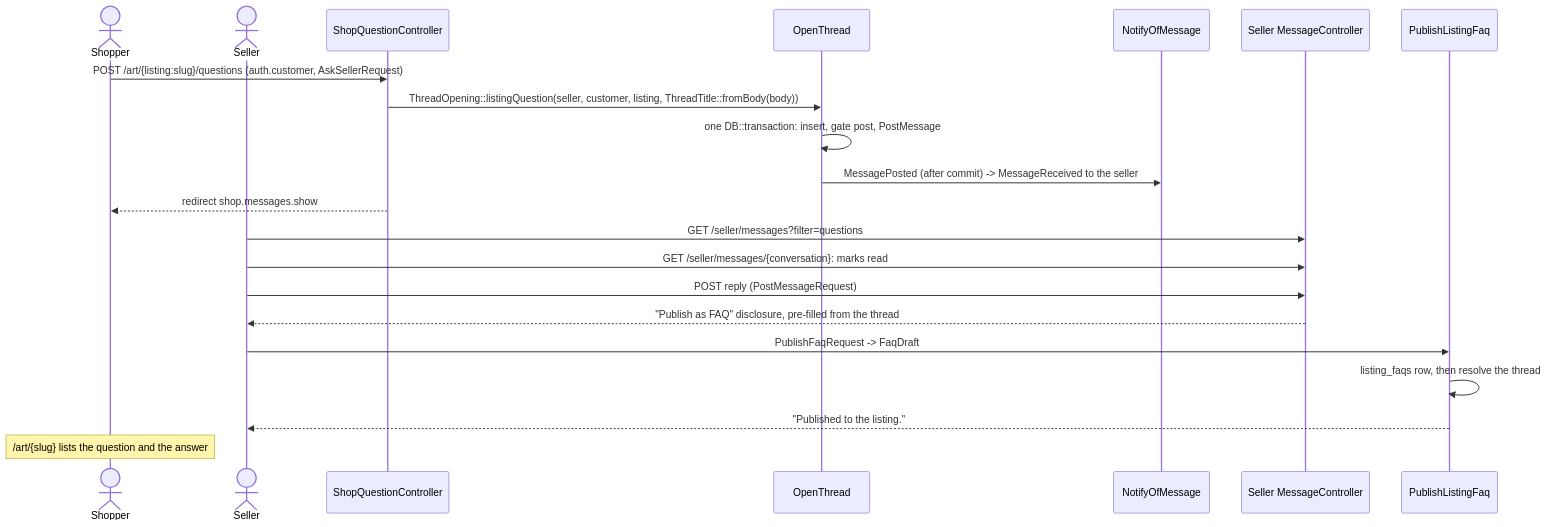
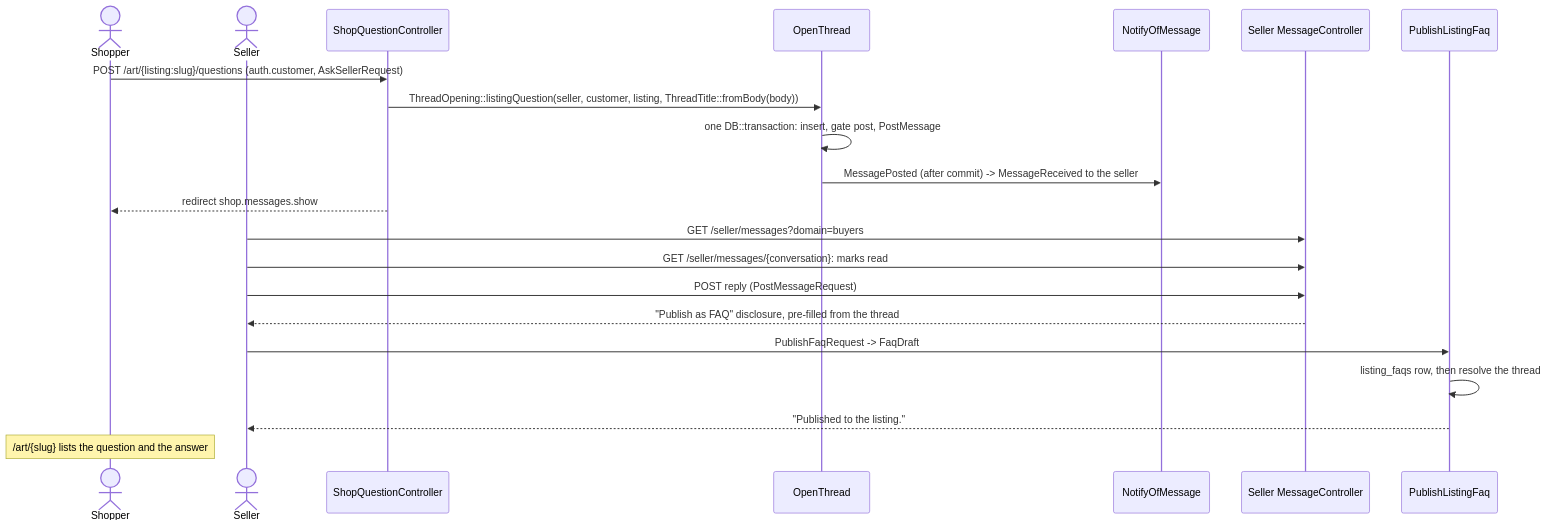
Before and after one commit to jonathan-beebe/art-store: the fifth of 7 diagrams in app/docs/messaging.md, drawn with Mermaid. The commit also changed other lines of this file and 26 other files, not shown here.

````diff
--- a/app/docs/messaging.md
+++ b/app/docs/messaging.md
@@ -282,24 +285,24 @@
 ```mermaid
 sequenceDiagram
     actor Shopper
     actor Seller
     participant Ask as ShopQuestionController
     participant Open as OpenThread
     participant Notify as NotifyOfMessage
     participant Thread as Seller MessageController
     participant Publish as PublishListingFaq
 
     Shopper->>Ask: POST /art/{listing:slug}/questions (auth.customer, AskSellerRequest)
     Ask->>Open: ThreadOpening::listingQuestion(seller, customer, listing, ThreadTitle::fromBody(body))
     Open->>Open: one DB::transaction: insert, gate post, PostMessage
     Open->>Notify: MessagePosted (after commit) -> MessageReceived to the seller
     Ask-->>Shopper: redirect shop.messages.show
-    Seller->>Thread: GET /seller/messages?filter=questions
+    Seller->>Thread: GET /seller/messages?domain=buyers
     Seller->>Thread: GET /seller/messages/{conversation}: marks read
     Seller->>Thread: POST reply (PostMessageRequest)
     Thread-->>Seller: "Publish as FAQ" disclosure, pre-filled from the thread
     Seller->>Publish: PublishFaqRequest -> FaqDraft
     Publish->>Publish: listing_faqs row, then resolve the thread
     Publish-->>Seller: "Published to the listing."
     Note over Shopper: /art/{slug} lists the question and the answer
 ```
````
